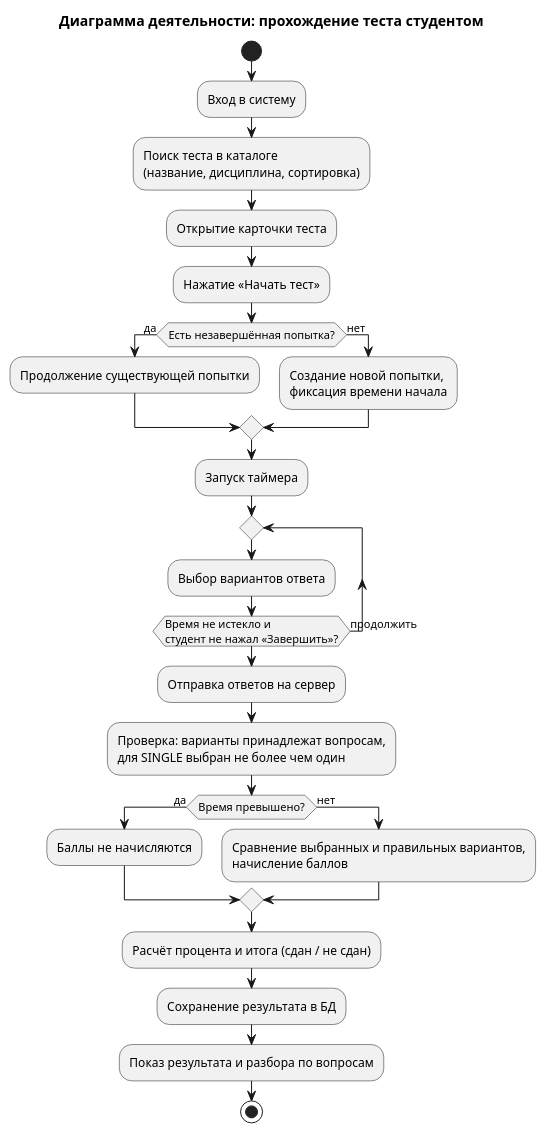
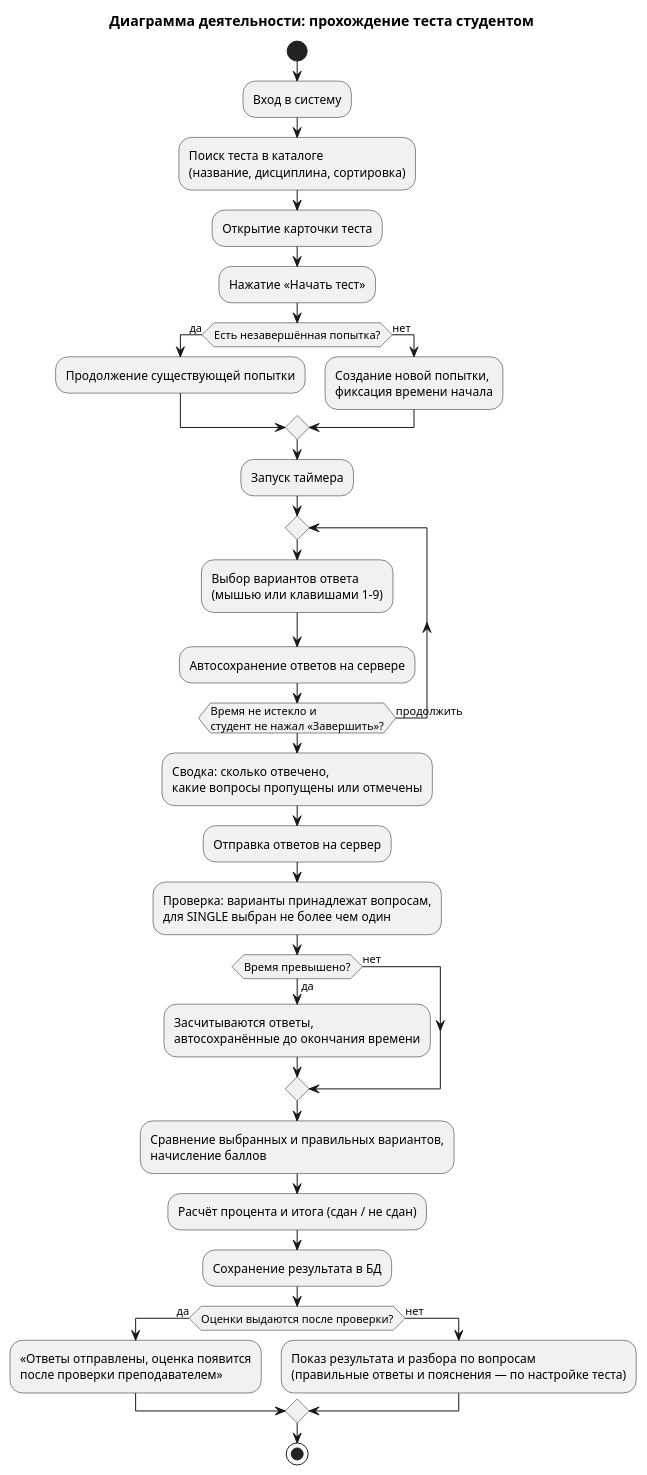
One commit to ChibryakovT/student-testing-system changed the diagram in docs/uml/3_activity.puml. Above: the diagram before and after it, drawn with PlantUML. The commit also changed 8 other files, not shown here.

First line of the commit message:
Схемы и README под текущую версию: автосохранение, пояснения, публикация оценок, качество вопросов

```diff
--- a/docs/uml/3_activity.puml
+++ b/docs/uml/3_activity.puml
@@ -1,30 +1,36 @@
 @startuml activity
 skinparam defaultFontName Arial
 title Диаграмма деятельности: прохождение теста студентом
 
 start
 :Вход в систему;
 :Поиск теста в каталоге\n(название, дисциплина, сортировка);
 :Открытие карточки теста;
 :Нажатие «Начать тест»;
 if (Есть незавершённая попытка?) then (да)
   :Продолжение существующей попытки;
 else (нет)
   :Создание новой попытки,\nфиксация времени начала;
 endif
 :Запуск таймера;
 repeat
-  :Выбор вариантов ответа;
+  :Выбор вариантов ответа\n(мышью или клавишами 1–9);
+  :Автосохранение ответов на сервере;
 repeat while (Время не истекло и\nстудент не нажал «Завершить»?) is (продолжить)
+:Сводка: сколько отвечено,\nкакие вопросы пропущены или отмечены;
 :Отправка ответов на сервер;
 :Проверка: варианты принадлежат вопросам,\nдля SINGLE выбран не более чем один;
 if (Время превышено?) then (да)
-  :Баллы не начисляются;
+  :Засчитываются ответы,\nавтосохранённые до окончания времени;
 else (нет)
-  :Сравнение выбранных и правильных вариантов,\nначисление баллов;
 endif
+:Сравнение выбранных и правильных вариантов,\nначисление баллов;
 :Расчёт процента и итога (сдан / не сдан);
 :Сохранение результата в БД;
-:Показ результата и разбора по вопросам;
+if (Оценки выдаются после проверки?) then (да)
+  :«Ответы отправлены, оценка появится\nпосле проверки преподавателем»;
+else (нет)
+  :Показ результата и разбора по вопросам\n(правильные ответы и пояснения — по настройке теста);
+endif
 stop
 @enduml
```
